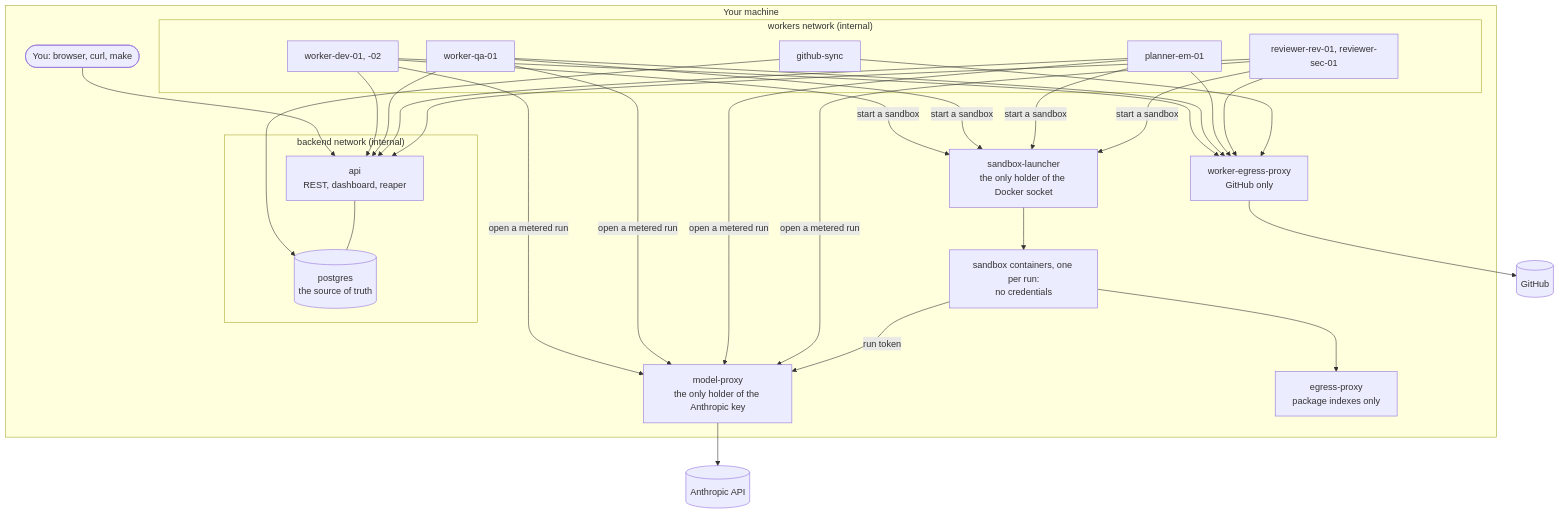
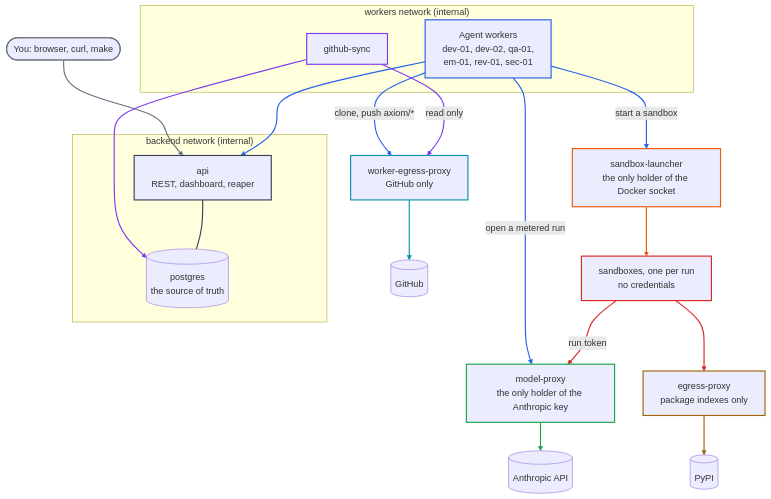
Before and after one commit to bharathcmbox/axiom: the diagram in docs/admin-guide.md, drawn with Mermaid. The commit also changed other lines of this file and 1 other file, not shown here.

Commit message:
Guides: guidance, not running status; a readable architecture diagram
User guide: drop the exit-run narrative and "cost so far"; costs become
typical figures with the budget to allow. Admin guide: model choice
stated as guidance, check count dropped, and the architecture diagram
redrawn: the agent workers are one box, and each box's outgoing arrows
share its border colour.

````diff
--- a/docs/admin-guide.md
+++ b/docs/admin-guide.md
@@ -11,33 +11,63 @@
 ```mermaid
 flowchart TB
-    subgraph host["Your machine"]
-        you(["You: browser, curl, make"])
-        subgraph backend["backend network (internal)"]
-            api["api<br/>REST, dashboard, reaper"]
-            db[("postgres<br/>the source of truth")]
-        end
-        subgraph workers["workers network (internal)"]
-            dev["worker-dev-01, -02"]
-            qa["worker-qa-01"]
-            em["planner-em-01"]
-            rev["reviewer-rev-01, reviewer-sec-01"]
-            sync["github-sync"]
-        end
-        mp["model-proxy<br/>the only holder of the Anthropic key"]
-        la["sandbox-launcher<br/>the only holder of the Docker socket"]
-        wp["worker-egress-proxy<br/>GitHub only"]
-        sp["egress-proxy<br/>package indexes only"]
-        sb["sandbox containers, one per run:<br/>no credentials"]
+    you(["You: browser, curl, make"])
+    subgraph backend["backend network (internal)"]
+        api["api<br/>REST, dashboard, reaper"]
+        db[("postgres<br/>the source of truth")]
     end
+    subgraph workers["workers network (internal)"]
+        w["Agent workers<br/>dev-01, dev-02, qa-01,<br/>em-01, rev-01, sec-01"]
+        sync["github-sync"]
+    end
+    la["sandbox-launcher<br/>the only holder of the Docker socket"]
+    sb["sandboxes, one per run<br/>no credentials"]
+    mp["model-proxy<br/>the only holder of the Anthropic key"]
+    wp["worker-egress-proxy<br/>GitHub only"]
+    sp["egress-proxy<br/>package indexes only"]
     gh[(GitHub)]
     an[(Anthropic API)]
+    pypi[(PyPI)]
+
     you --> api
-    dev & qa & em & rev --> api
+    w --> api
+    w -->|"start a sandbox"| la
+    w -->|"open a metered run"| mp
+    w -->|"clone, push axiom/*"| wp
     sync --> db
+    sync -->|"read only"| wp
     api --- db
-    dev & qa & em & rev -->|"start a sandbox"| la --> sb
-    dev & qa & em & rev -->|"open a metered run"| mp
-    sb -->|"run token"| mp --> an
+    la --> sb
+    sb -->|"run token"| mp
     sb --> sp
-    dev & qa & em & rev & sync --> wp --> gh
+    mp --> an
+    wp --> gh
+    sp --> pypi
+
+    classDef you stroke:#6b7280,stroke-width:2px
+    classDef worker stroke:#2563eb,stroke-width:2px
+    classDef sync stroke:#7c3aed,stroke-width:2px
+    classDef api stroke:#374151,stroke-width:2px
+    classDef launcher stroke:#ea580c,stroke-width:2px
+    classDef sandbox stroke:#dc2626,stroke-width:2px
+    classDef model stroke:#16a34a,stroke-width:2px
+    classDef wproxy stroke:#0891b2,stroke-width:2px
+    classDef sproxy stroke:#a16207,stroke-width:2px
+    class you you
+    class w worker
+    class sync sync
+    class api api
+    class la launcher
+    class sb sandbox
+    class mp model
+    class wp wproxy
+    class sp sproxy
+    linkStyle 0 stroke:#6b7280,stroke-width:2px
+    linkStyle 1,2,3,4 stroke:#2563eb,stroke-width:2px
+    linkStyle 5,6 stroke:#7c3aed,stroke-width:2px
+    linkStyle 7 stroke:#374151,stroke-width:2px
+    linkStyle 8 stroke:#ea580c,stroke-width:2px
+    linkStyle 9,10 stroke:#dc2626,stroke-width:2px
+    linkStyle 11 stroke:#16a34a,stroke-width:2px
+    linkStyle 12 stroke:#0891b2,stroke-width:2px
+    linkStyle 13 stroke:#a16207,stroke-width:2px
 ```
````
